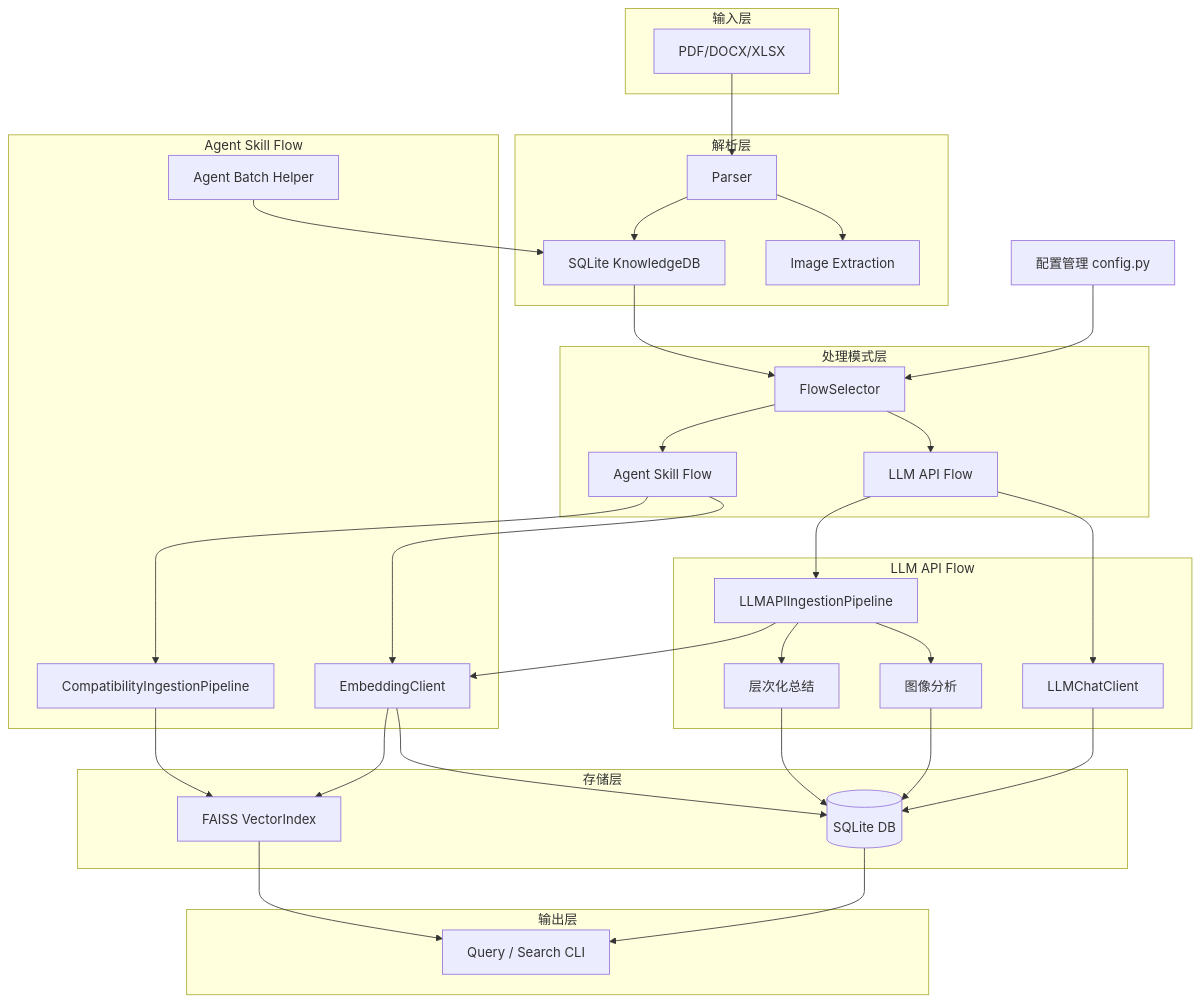
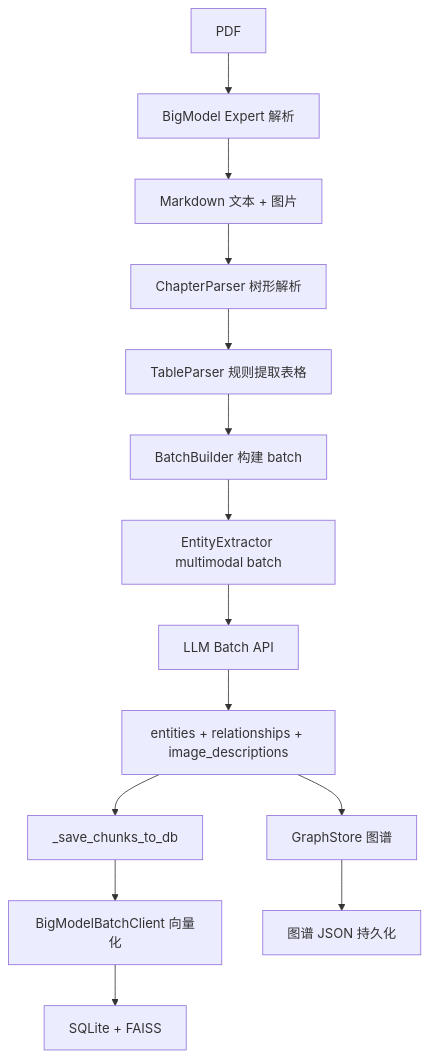
Before and after one commit to sjj-star/work-docs-library: the diagram in README.md, drawn with Mermaid. The commit also changed other lines of this file and 4 other files, not shown here.

````diff
--- a/README.md
+++ b/README.md
@@ -40,71 +38,16 @@
 ```mermaid
 flowchart TB
-    Config[配置管理 config.py]
-    
-    subgraph 输入层
-        A[PDF/DOCX/XLSX]
-    end
-    
-    subgraph 解析层
-        Parser[Parser]
-        B[SQLite KnowledgeDB]
-        C[Image Extraction]
-    end
-    
-    subgraph 处理模式层
-        FS[FlowSelector]
-        LLMFlow[LLM API Flow]
-        AgentFlow[Agent Skill Flow]
-    end
-    
-    subgraph LLM API Flow
-        LLMClient[LLMChatClient]
-        LLMPipe[LLMAPIIngestionPipeline]
-        Vision[图像分析]
-        HSummary[层次化总结]
-    end
-    
-    subgraph Agent Skill Flow
-        EmbedClient[EmbeddingClient]
-        CompatPipe[CompatibilityIngestionPipeline]
-        BatchHelper[Agent Batch Helper]
-    end
-    
-    subgraph 存储层
-        FAISS[FAISS VectorIndex]
-        DB[(SQLite DB)]
-    end
-    
-    subgraph 输出层
-        Query[Query / Search CLI]
-    end
-    
-    Config --> FS
-    A --> Parser
-    Parser --> B
-    Parser --> C
-    B --> FS
-    
-    FS --> LLMFlow
-    FS --> AgentFlow
-    
-    LLMFlow --> LLMClient
-    LLMFlow --> LLMPipe
-    LLMPipe --> Vision
-    LLMPipe --> HSummary
-    LLMPipe --> EmbedClient
-    
-    AgentFlow --> EmbedClient
-    AgentFlow --> CompatPipe
-    BatchHelper --> B
-    
-    LLMClient --> DB
-    Vision --> DB
-    HSummary --> DB
-    EmbedClient --> FAISS
-    CompatPipe --> FAISS
-    EmbedClient --> DB
-    
-    DB --> Query
-    FAISS --> Query
+    A[PDF] --> B[BigModel Expert 解析]
+    B --> C[Markdown 文本 + 图片]
+    C --> D[ChapterParser 树形解析]
+    D --> E1[TableParser 规则提取表格]
+    E1 --> E[BatchBuilder 构建 batch]
+    E --> F[EntityExtractor multimodal batch]
+    F --> G[LLM Batch API]
+    G --> H[entities + relationships + image_descriptions]
+    H --> I[GraphStore 图谱]
+    H --> J[_save_chunks_to_db]
+    J --> K[BigModelBatchClient 向量化]
+    K --> L[SQLite + FAISS]
+    I --> M[图谱 JSON 持久化]
 ```
````
